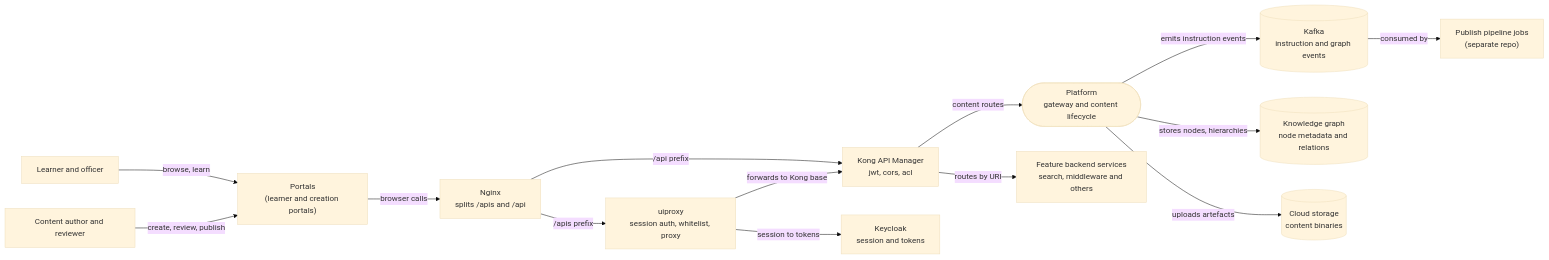
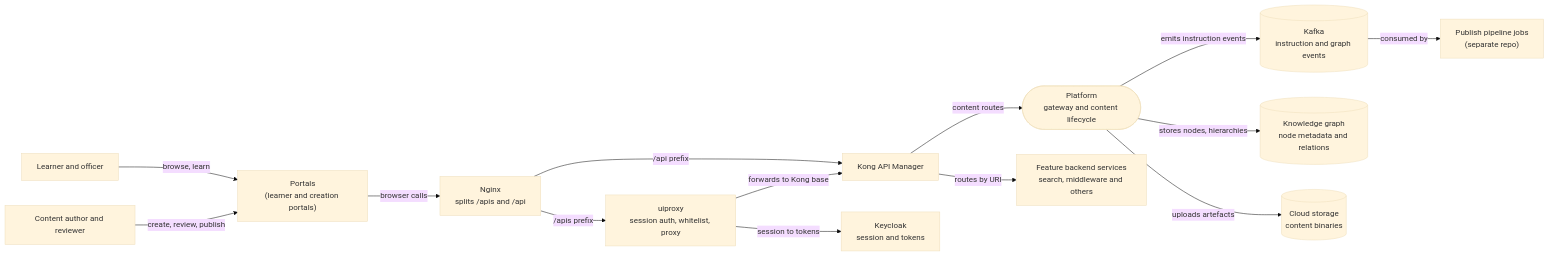
One commit to KB-iGOT/igot-docs changed the diagram in docs/platform/context-diagram.md. Above: the diagram before and after it, drawn with Mermaid (base theme). The commit also changed other lines of this file and 2 other files, not shown here.

Commit message:
security(2/5): remove gateway plugin and ACL detail from context diagrams
Categories removed: gateway plugin list and per-route ACL/JWT check detail.
Routing description kept.

To undo: git revert <this commit>

````diff
--- a/docs/platform/context-diagram.md
+++ b/docs/platform/context-diagram.md
@@ -14,33 +14,33 @@
 ```mermaid
 flowchart LR
     LRN["Learner and officer"]
     AUT["Content author and reviewer"]
 
     PRT["Portals<br/>(learner and creation portals)"]
     NGX["Nginx<br/>splits /apis and /api"]
 
     PLAT(["Platform<br/>gateway and content lifecycle"])
 
     UIP["uiproxy<br/>session auth, whitelist, proxy"]
-    KNG["Kong API Manager<br/>jwt, cors, acl"]
+    KNG["Kong API Manager"]
     BE["Feature backend services<br/>search, middleware and others"]
     KC["Keycloak<br/>session and tokens"]
     PIPE["Publish pipeline jobs<br/>(separate repo)"]
     KAF[("Kafka<br/>instruction and graph events")]
     GR[("Knowledge graph<br/>node metadata and relations")]
     CS[("Cloud storage<br/>content binaries")]
 
     LRN -->|"browse, learn"| PRT
     AUT -->|"create, review, publish"| PRT
     PRT -->|"browser calls"| NGX
     NGX -->|"/apis prefix"| UIP
     NGX -->|"/api prefix"| KNG
     UIP -->|"session to tokens"| KC
     UIP -->|"forwards to Kong base"| KNG
     KNG -->|"routes by URI"| BE
     KNG -->|"content routes"| PLAT
     PLAT -->|"emits instruction events"| KAF
     KAF -->|"consumed by"| PIPE
     PLAT -->|"stores nodes, hierarchies"| GR
     PLAT -->|"uploads artefacts"| CS
 ```
````
